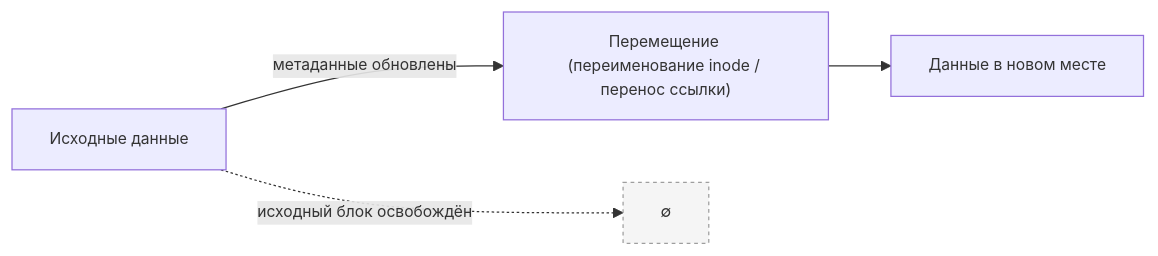
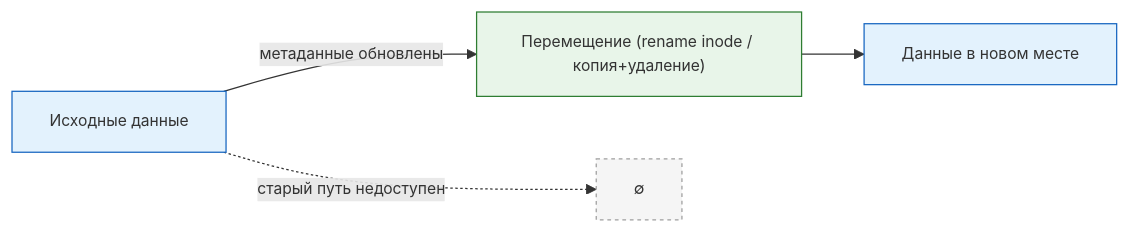
One commit to Spirzen/it-knowledge-base changed the second of 7 diagrams in docs/encyclopedia/1-basics/1-10-bazovye-operatsii-s-dannymi/4.md. Above: the diagram before and after it, drawn with Mermaid. The commit also changed other lines of this file and 1180 other files, not shown here.

````diff
--- a/docs/encyclopedia/1-basics/1-10-bazovye-operatsii-s-dannymi/4.md
+++ b/docs/encyclopedia/1-basics/1-10-bazovye-operatsii-s-dannymi/4.md
@@ -67,13 +90,17 @@
 ```mermaid
 %%{init: {"theme":"default", "themeVariables": {"fontSize":"12.5px"}}}%%
 flowchart LR
+    classDef src fill:#e3f2fd,stroke:#1565c0;
+    classDef op fill:#e8f5e9,stroke:#2e7d32;
+    classDef dst fill:#e3f2fd,stroke:#1565c0;
+
     S["Исходные данные"]:::src
-    O["Перемещение (переименование inode / перенос ссылки)"]:::op
+    O["Перемещение (rename inode / копия+удаление)"]:::op
     D["Данные в новом месте"]:::dst
 
     S -->|метаданные обновлены| O
     O --> D
-    S -.->|исходный блок освобождён| Empty["∅"]
+    S -.->|старый путь недоступен| Empty["∅"]
 
     style Empty fill:#f5f5f5,stroke:#9e9e9e,stroke-dasharray:3 3
 ```
````
